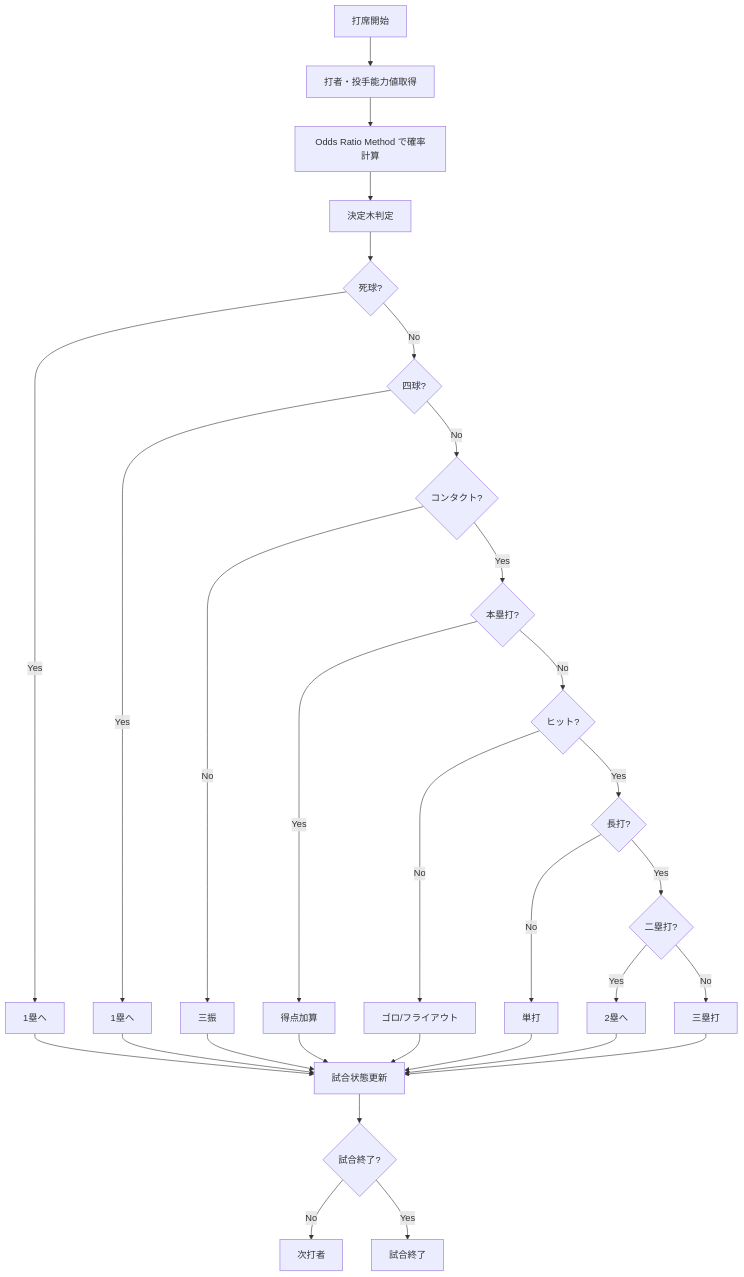
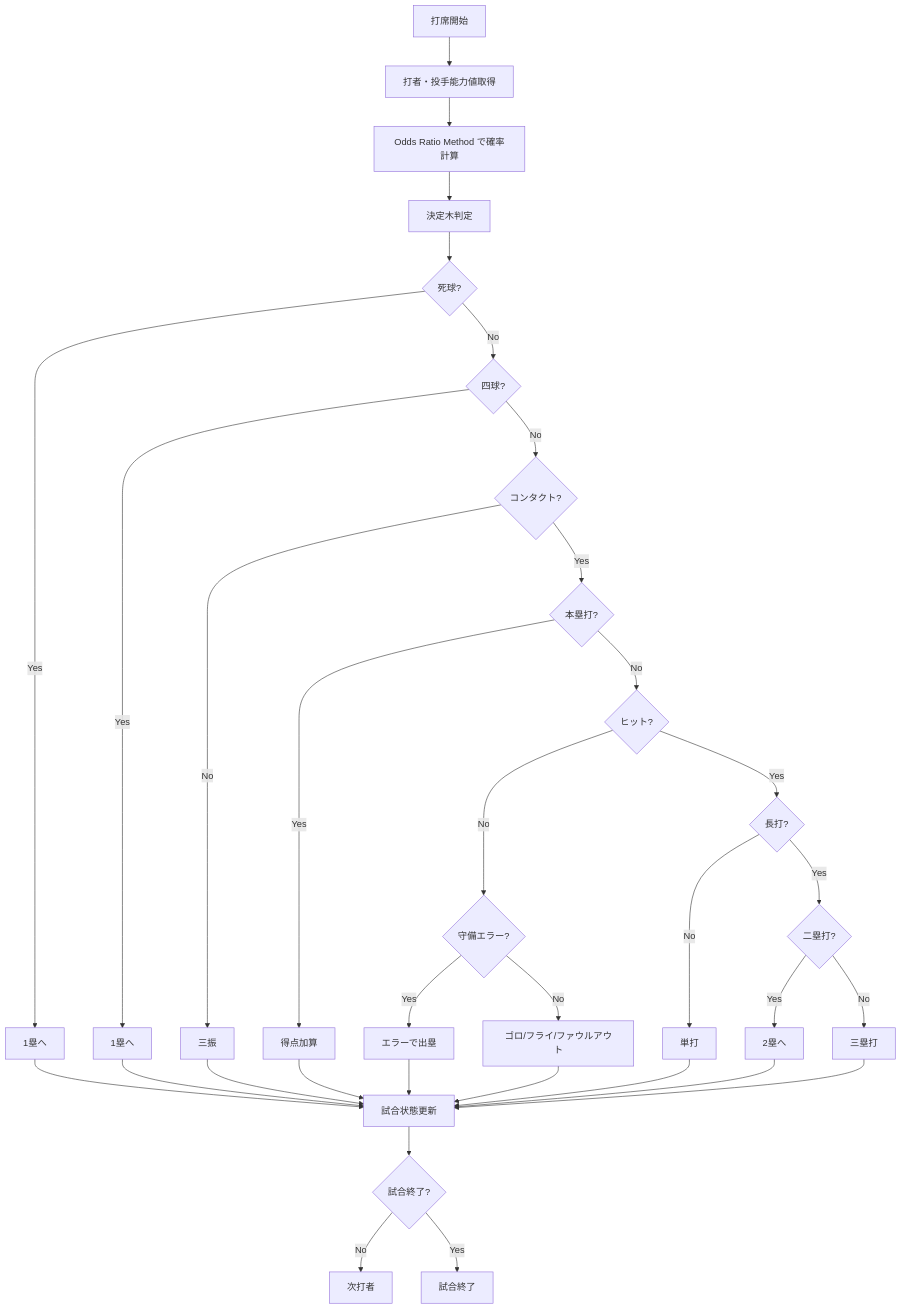
Before and after one commit to Sione/noraneko: the third of 4 diagrams in .kiro/specs/text-based-baseball-manager/design.md, drawn with Mermaid. The commit also changed other lines of this file, not shown here.

````diff
--- a/.kiro/specs/text-based-baseball-manager/design.md
+++ b/.kiro/specs/text-based-baseball-manager/design.md
@@ -140,41 +153,45 @@
 ```mermaid
 flowchart TD
     Start[打席開始] --> GetAbilities[打者・投手能力値取得]
     GetAbilities --> CalcProb[Odds Ratio Method で確率計算]
     CalcProb --> DecisionTree[決定木判定]
     
     DecisionTree --> HBP{死球?}
     HBP -->|Yes| UpdateHBP[1塁へ]
     HBP -->|No| Walk{四球?}
     
     Walk -->|Yes| UpdateWalk[1塁へ]
     Walk -->|No| Contact{コンタクト?}
     
     Contact -->|No| Strikeout[三振]
     Contact -->|Yes| HomeRun{本塁打?}
     
     HomeRun -->|Yes| UpdateHR[得点加算]
     HomeRun -->|No| Hit{ヒット?}
     
     Hit -->|Yes| ExtraBase{長打?}
-    Hit -->|No| OutType[ゴロ/フライアウト]
+    Hit -->|No| Error{守備エラー?}
+    
+    Error -->|Yes| ReachOnError[エラーで出塁]
+    Error -->|No| OutType[ゴロ/フライ/ファウルアウト]
     
     ExtraBase -->|Yes| Double{二塁打?}
     ExtraBase -->|No| Single[単打]
     
     Double -->|Yes| UpdateDouble[2塁へ]
     Double -->|No| Triple[三塁打]
     
     UpdateHBP --> UpdateState[試合状態更新]
     UpdateWalk --> UpdateState
     Strikeout --> UpdateState
     UpdateHR --> UpdateState
+    ReachOnError --> UpdateState
     OutType --> UpdateState
     Single --> UpdateState
     UpdateDouble --> UpdateState
     Triple --> UpdateState
     
     UpdateState --> CheckEnd{試合終了?}
     CheckEnd -->|No| NextBatter[次打者]
     CheckEnd -->|Yes| End[試合終了]
 ```
````
